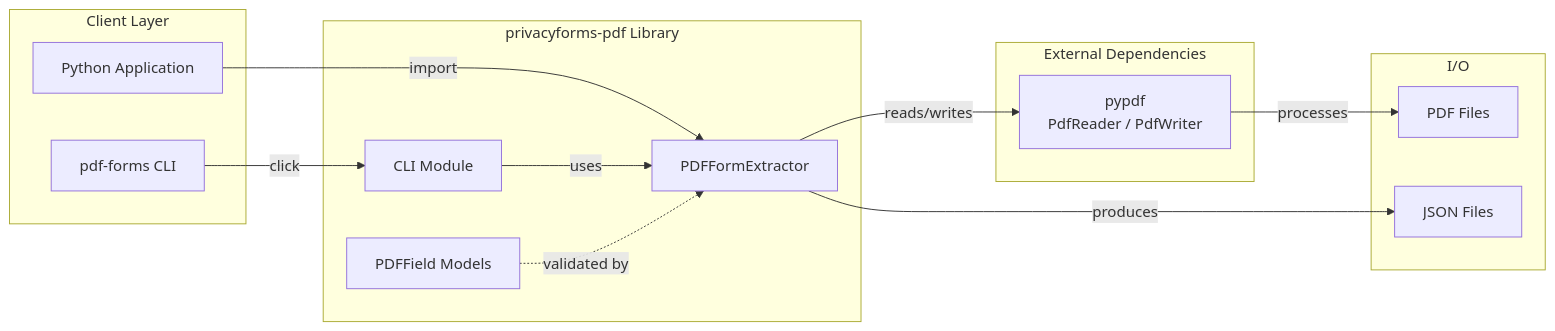
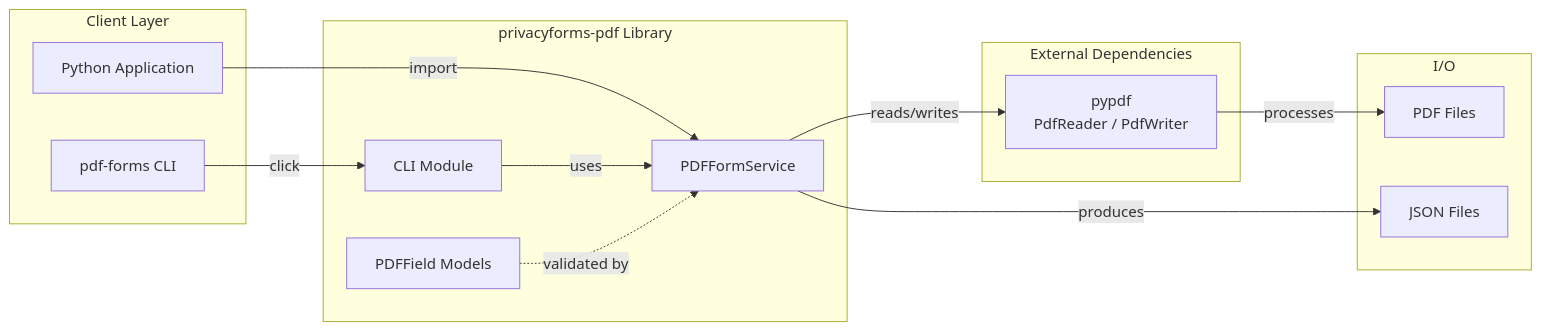
The diagram in docs/diagrams/architecture-components.mmd (zopyx/privacyforms.pdf), drawn with Mermaid before and after one commit. The commit also changed 24 other files, not shown here.

First line of the commit message:
refactor!: rename PDFFormExtractor to PDFFormService and add atomic writes

```diff
--- a/docs/diagrams/architecture-components.mmd
+++ b/docs/diagrams/architecture-components.mmd
@@ -1,28 +1,28 @@
 graph LR
     subgraph "Client Layer"
         A[Python Application]
         B[pdf-forms CLI]
     end
 
     subgraph "privacyforms-pdf Library"
-        C[PDFFormExtractor]
+        C[PDFFormService]
         D[PDFField Models]
         E[CLI Module]
     end
 
     subgraph "External Dependencies"
         F[pypdf<br/>PdfReader / PdfWriter]
     end
 
     subgraph "I/O"
         G[PDF Files]
         H[JSON Files]
     end
 
     A -->|import| C
     B -->|click| E
     E -->|uses| C
     C -->|reads/writes| F
     F -->|processes| G
     C -->|produces| H
     D -.->|validated by| C
```
